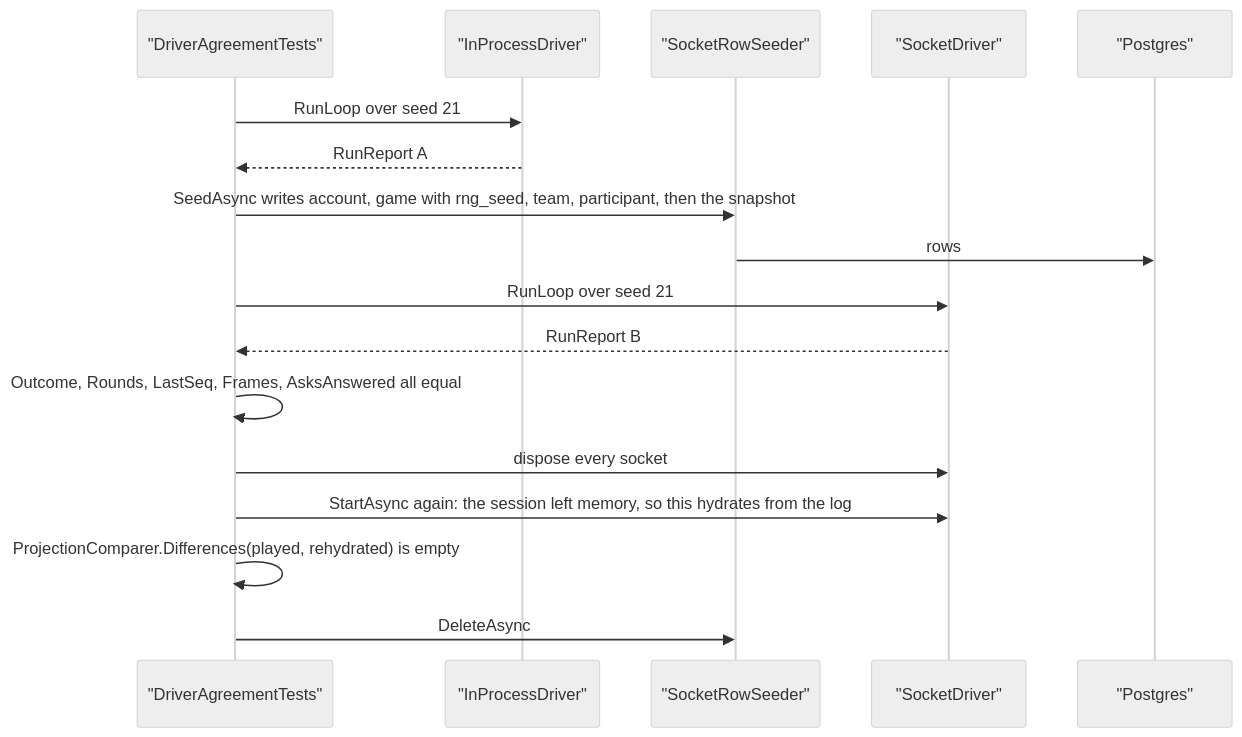
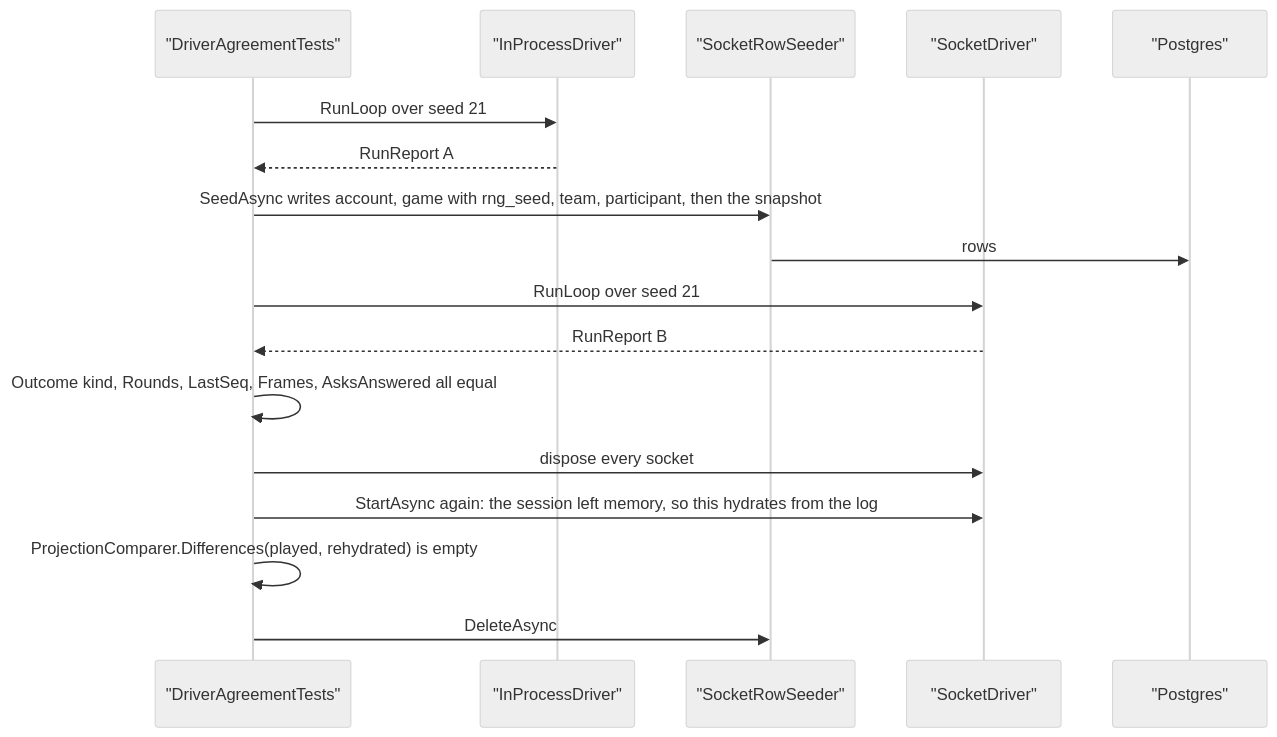
Before and after one commit to cstupi/tabletop: diagram 11 of 11 in docs/design/simulation/design.md, drawn with Mermaid (neutral theme). The commit also changed other lines of this file and 19 other files, not shown here.

````diff
--- a/docs/design/simulation/design.md
+++ b/docs/design/simulation/design.md
@@ -1025,20 +1032,20 @@
 ```mermaid
 sequenceDiagram
     participant T as "DriverAgreementTests"
     participant IP as "InProcessDriver"
     participant SR as "SocketRowSeeder"
     participant SK as "SocketDriver"
     participant PG as "Postgres"
 
     T->>IP: RunLoop over seed 21
     IP-->>T: RunReport A
     T->>SR: SeedAsync writes account, game with rng_seed, team, participant, then the snapshot
     SR->>PG: rows
     T->>SK: RunLoop over seed 21
     SK-->>T: RunReport B
-    T->>T: Outcome, Rounds, LastSeq, Frames, AsksAnswered all equal
+    T->>T: Outcome kind, Rounds, LastSeq, Frames, AsksAnswered all equal
     T->>SK: dispose every socket
     T->>SK: StartAsync again: the session left memory, so this hydrates from the log
     T->>T: ProjectionComparer.Differences(played, rehydrated) is empty
     T->>SR: DeleteAsync
 ```
````
